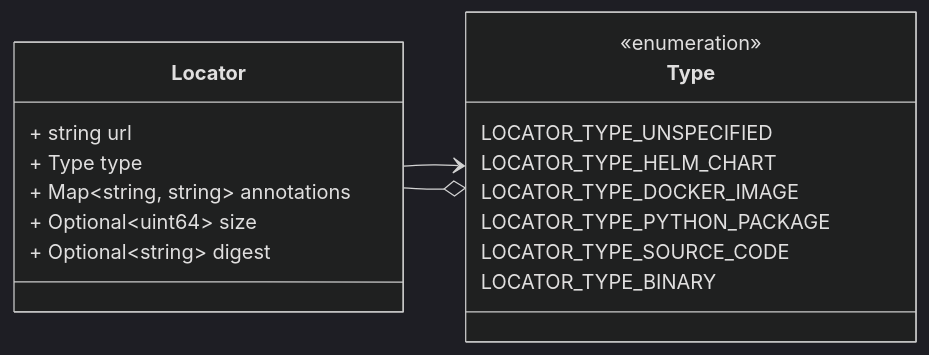
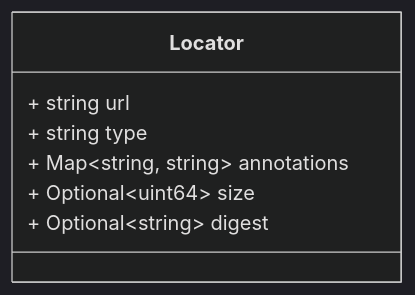
One commit to papimenon/docs changed the second of 3 diagrams in docs/pages/data_model.proto.md. Above: the diagram before and after it, drawn with Mermaid (dark theme). The commit also changed other lines of this file and 2 other files, not shown here.

Commit message:
fix: resolve oasf schema diagram (#26)

````diff
--- a/docs/pages/data_model.proto.md
+++ b/docs/pages/data_model.proto.md
@@ -96,27 +84,15 @@
 ```mermaid
 classDiagram
 direction LR
 
 %% Locators provide actual artifact locators of an agent. For example, this can reference sources such as helm charts, docker images, binaries, etc.
 
 class Locator {
   + string url
-  + Type type
+  + string type
   + Map~string,  string~ annotations
   + Optional~uint64~ size
   + Optional~string~ digest
 }
-Locator --> `Type`
-Locator --o `Type`
-%% Type collects supported types for locators.
 
-class Type{
-  <<enumeration>>
-  LOCATOR_TYPE_UNSPECIFIED
-  LOCATOR_TYPE_HELM_CHART
-  LOCATOR_TYPE_DOCKER_IMAGE
-  LOCATOR_TYPE_PYTHON_PACKAGE
-  LOCATOR_TYPE_SOURCE_CODE
-  LOCATOR_TYPE_BINARY
-}
 ```
````
